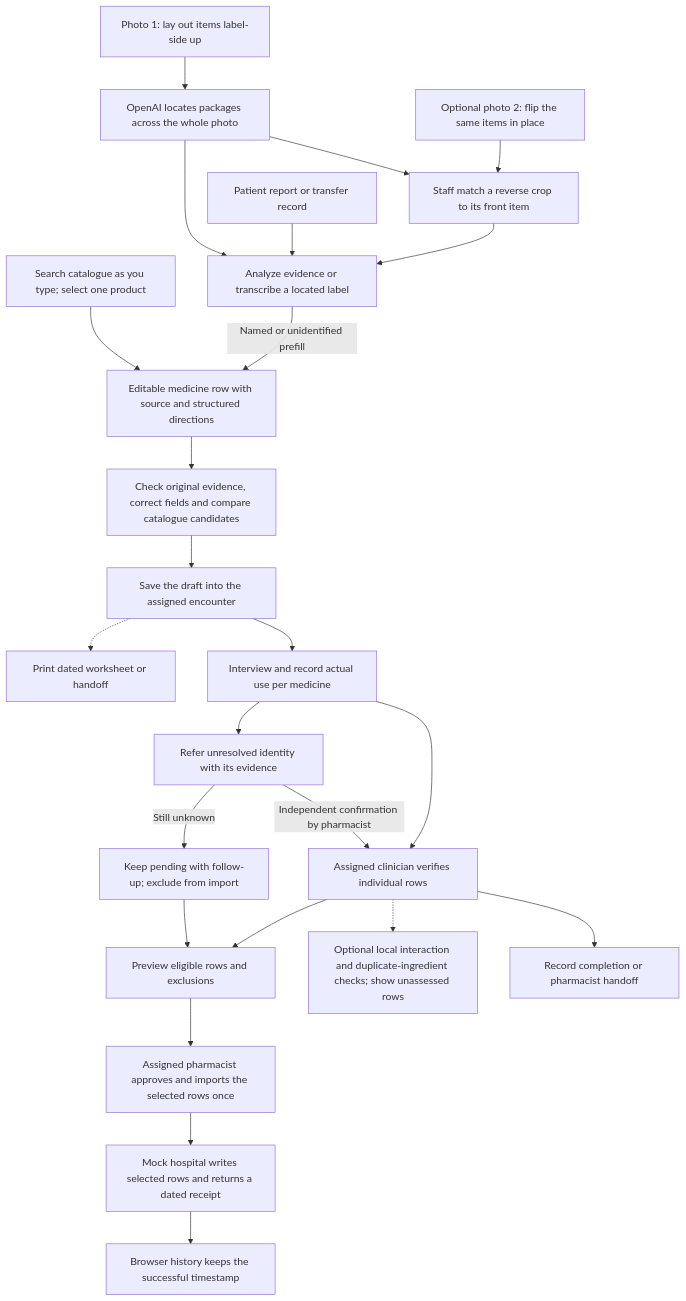
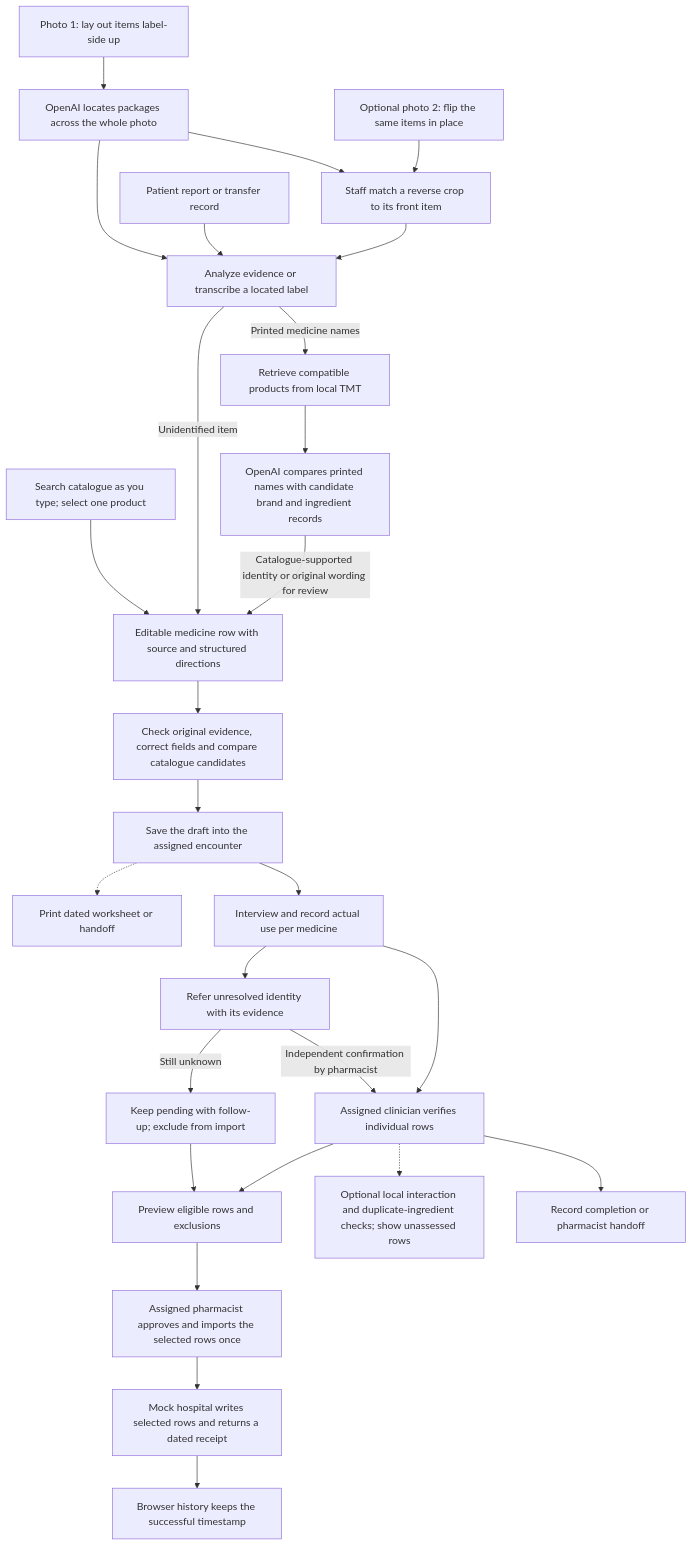
One commit to pakornds/Medication-Reader changed the diagram in docs/specs/medication-reader-v1.md. Above: the diagram before and after it, drawn with Mermaid. The commit also changed other lines of this file and 10 other files, not shown here.

Commit message:
Retain corroborated names through clinical review and test presenter mode

````diff
--- a/docs/specs/medication-reader-v1.md
+++ b/docs/specs/medication-reader-v1.md
@@ -13,26 +13,29 @@
 ```mermaid
 flowchart TD
   manual["Search catalogue as you type; select one product"] --> row["Editable medicine row with source and structured directions"]
   front["Photo 1: lay out items label-side up"] --> locate["OpenAI locates packages across the whole photo"]
   reverse["Optional photo 2: flip the same items in place"] --> pair["Staff match a reverse crop to its front item"]
   locate --> pair
   locate --> extract["Analyze evidence or transcribe a located label"]
   pair --> extract
   note["Patient report or transfer record"] --> extract
-  extract -->|"Named or unidentified prefill"| row
+  extract -->|"Printed medicine names"| lookup["Retrieve compatible products from local TMT"]
+  lookup --> interpret["OpenAI compares printed names with candidate brand and ingredient records"]
+  interpret -->|"Catalogue-supported identity or original wording for review"| row
+  extract -->|"Unidentified item"| row
   row --> compare["Check original evidence, correct fields and compare catalogue candidates"]
   compare --> save["Save the draft into the assigned encounter"]
   save --> interview["Interview and record actual use per medicine"]
   interview --> verify["Assigned clinician verifies individual rows"]
   interview --> refer["Refer unresolved identity with its evidence"]
   refer -->|"Independent confirmation by pharmacist"| verify
   refer -->|"Still unknown"| pending["Keep pending with follow-up; exclude from import"]
   verify --> finish["Record completion or pharmacist handoff"]
   verify -.-> checks["Optional local interaction and duplicate-ingredient checks; show unassessed rows"]
   save -.-> print["Print dated worksheet or handoff"]
   verify --> output["Preview eligible rows and exclusions"]
   pending --> output
   output --> approve["Assigned pharmacist approves and imports the selected rows once"]
   approve --> receipt["Mock hospital writes selected rows and returns a dated receipt"]
   receipt --> history["Browser history keeps the successful timestamp"]
 ```
````
